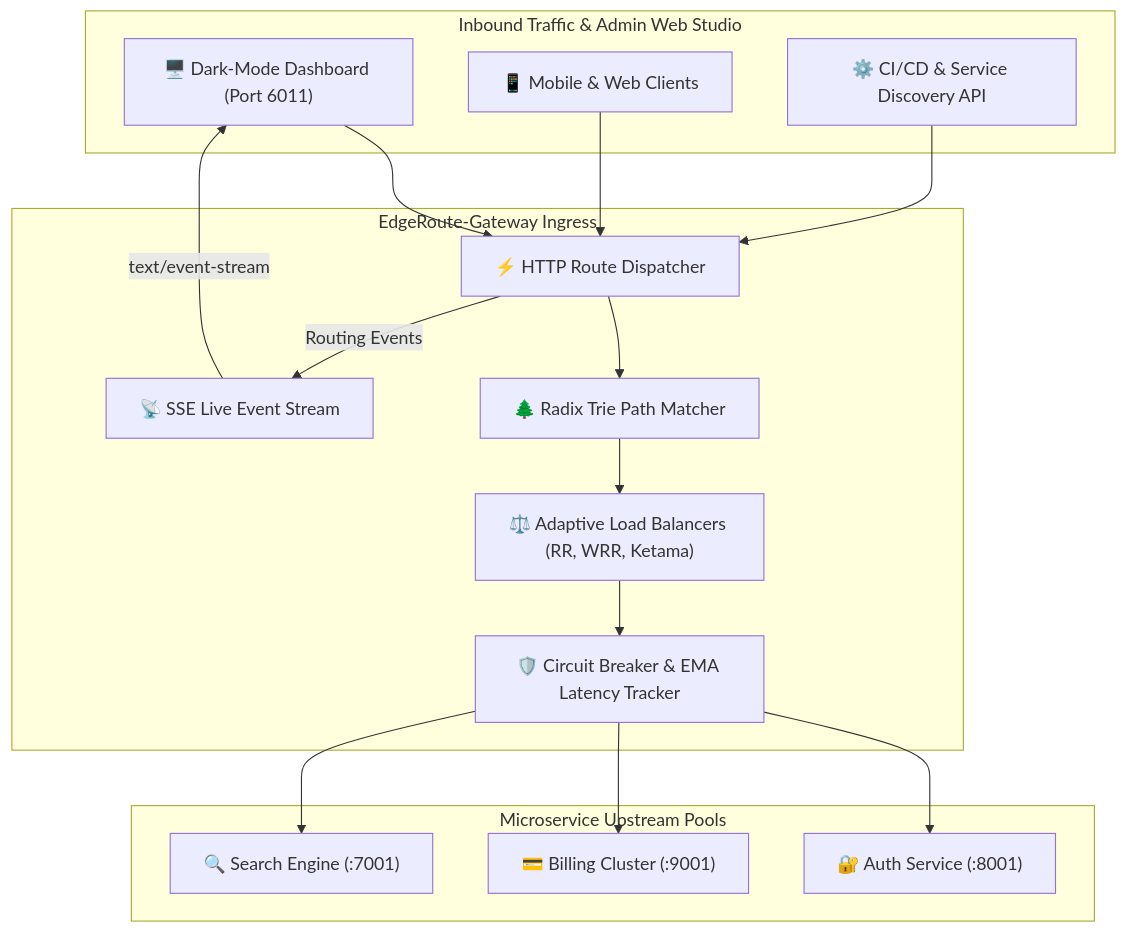
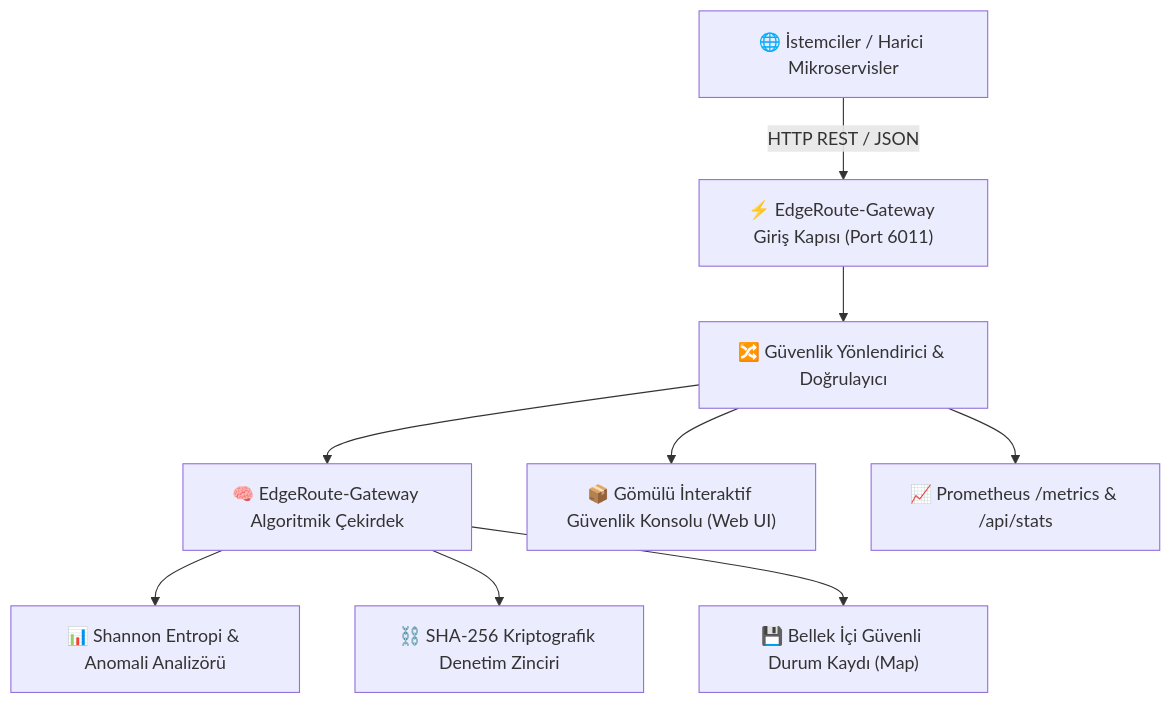
One commit to alinurettin/EdgeRoute-Gateway changed the diagram in README.md. Above: the diagram before and after it, drawn with Mermaid. The commit also changed other lines of this file and 3 other files, not shown here.

````diff
--- a/README.md
+++ b/README.md
@@ -22,30 +53,11 @@
 ```mermaid
 flowchart TD
-    subgraph Clients [Inbound Traffic & Admin Web Studio]
-        Web["🖥️ Dark-Mode Dashboard (Port 6011)"]
-        Client["📱 Mobile & Web Clients"]
-        CLI["⚙️ CI/CD & Service Discovery API"]
-    end
-
-    subgraph CoreEngine [EdgeRoute-Gateway Ingress]
-        Router["⚡ HTTP Route Dispatcher"]
-        Trie["🌲 Radix Trie Path Matcher"]
-        Balancer["⚖️ Adaptive Load Balancers (RR, WRR, Ketama)"]
-        Circuit["🛡️ Circuit Breaker & EMA Latency Tracker"]
-        SSE["📡 SSE Live Event Stream"]
-    end
-
-    subgraph BackendClusters [Microservice Upstream Pools]
-        Auth["🔐 Auth Service (:8001)"]
-        Billing["💳 Billing Cluster (:9001)"]
-        Search["🔍 Search Engine (:7001)"]
-    end
-
-    Client --> Router
-    Web --> Router
-    CLI --> Router
-    Router --> Trie --> Balancer --> Circuit
-    Circuit --> Auth & Billing & Search
-    Router -->|Routing Events| SSE
-    SSE -->|text/event-stream| Web
+    Client["🌐 İstemciler / Harici Mikroservisler"] -->|HTTP REST / JSON| Entrypoint["⚡ EdgeRoute-Gateway Giriş Kapısı (Port 6011)"]
+    Entrypoint --> Dispatcher["🔀 Güvenlik Yönlendirici & Doğrulayıcı"]
+    Dispatcher --> CoreEngine["🧠 EdgeRoute-Gateway Algoritmik Çekirdek"]
+    CoreEngine --> Entropy["📊 Shannon Entropi & Anomali Analizörü"]
+    CoreEngine --> HashChain["⛓️ SHA-256 Kriptografik Denetim Zinciri"]
+    CoreEngine --> Storage["💾 Bellek İçi Güvenli Durum Kaydı (Map)"]
+    Dispatcher --> WebUI["📦 Gömülü İnteraktif Güvenlik Konsolu (Web UI)"]
+    Dispatcher --> Telemetry["📈 Prometheus /metrics & /api/stats"]
 ```
````
